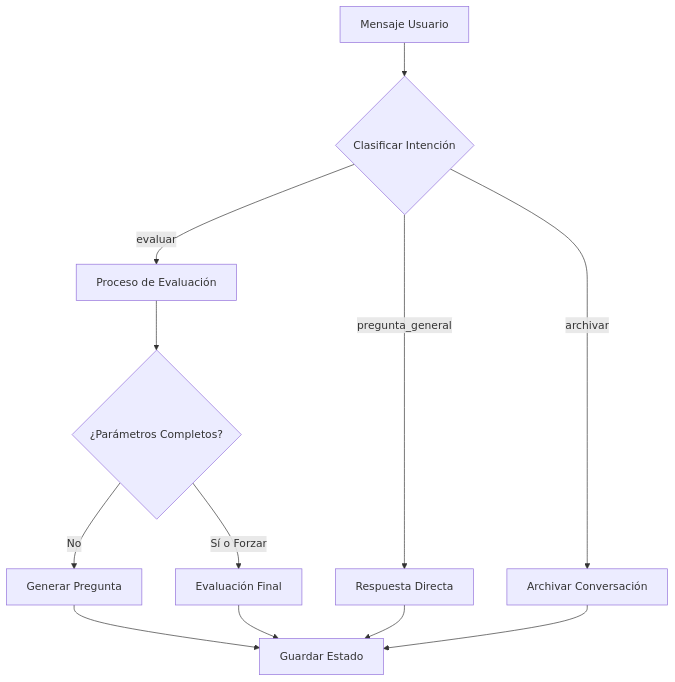
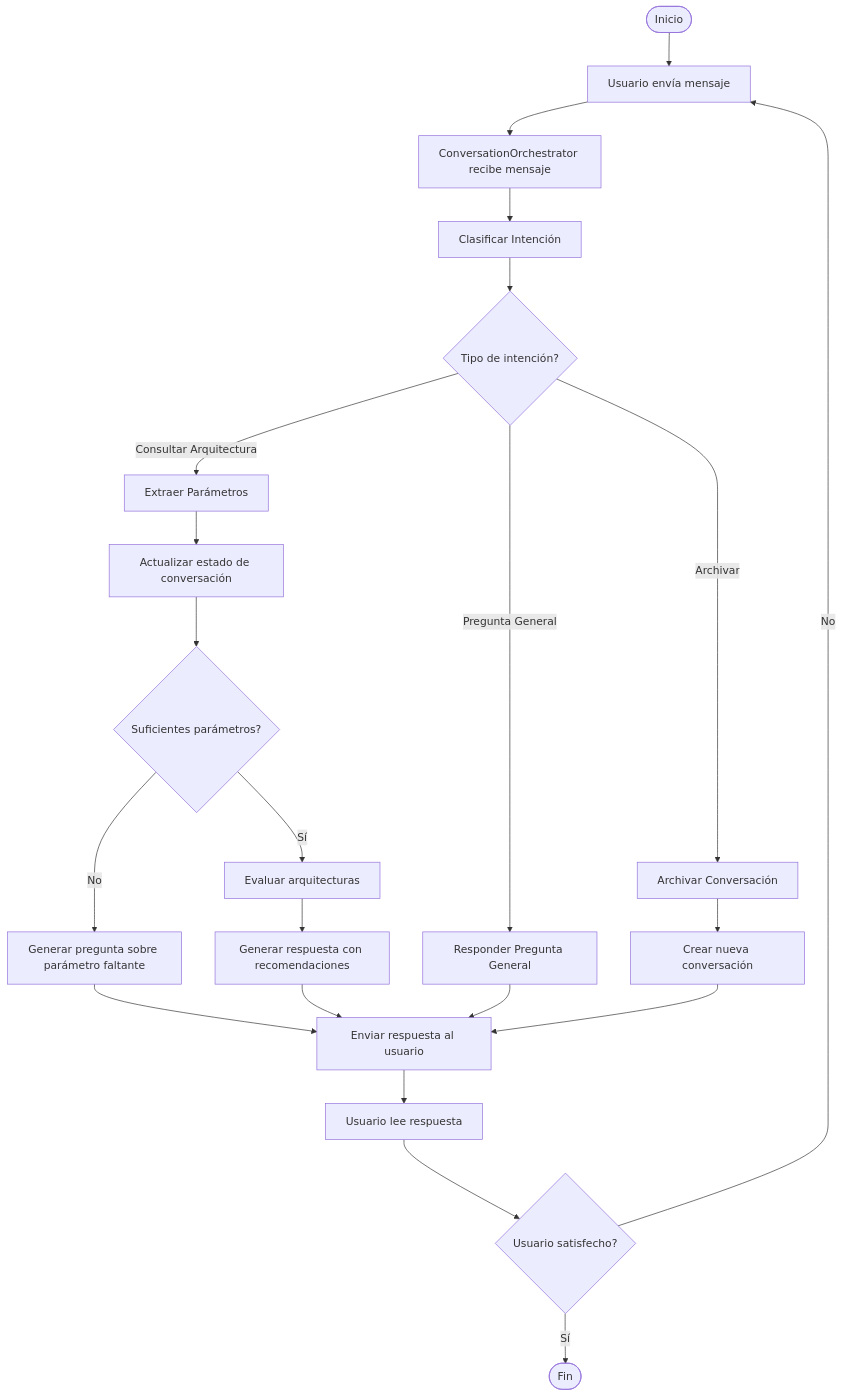
One commit to spuentesp/archssistant changed the second of 3 diagrams in README.md. Above: the diagram before and after it, drawn with Mermaid. The commit also changed other lines of this file, not shown here.

Commit message:
docs: Revise README for clarity on application functionality and conversation flow

````diff
--- a/README.md
+++ b/README.md
@@ -180,16 +64,28 @@
 ```mermaid
-flowchart TD
-    A[Mensaje Usuario] --> B{Clasificar Intención}
-    B -->|pregunta_general| C[Respuesta Directa]
-    B -->|archivar| D[Archivar Conversación]
-    B -->|evaluar| E[Proceso de Evaluación]
+graph TD
+    Start([Inicio]) --> A[Usuario envía mensaje]
+    A --> B[ConversationOrchestrator recibe mensaje]
+    B --> C[Clasificar Intención]
     
-    E --> F{¿Parámetros Completos?}
-    F -->|No| G[Generar Pregunta]
-    F -->|Sí o Forzar| H[Evaluación Final]
+    C --> D{Tipo de intención?}
+    D -->|Consultar Arquitectura| E[Extraer Parámetros]
+    D -->|Pregunta General| K[Responder Pregunta General]
+    D -->|Archivar| L[Archivar Conversación]
     
-    G --> I[Guardar Estado]
-    H --> I
-    C --> I
-    D --> I
+    E --> F[Actualizar estado de conversación]
+    F --> G{Suficientes parámetros?}
+    G -->|No| H[Generar pregunta sobre parámetro faltante]
+    G -->|Sí| I[Evaluar arquitecturas]
+    
+    I --> J[Generar respuesta con recomendaciones]
+    H --> M[Enviar respuesta al usuario]
+    J --> M
+    K --> M
+    L --> N[Crear nueva conversación]
+    N --> M
+    
+    M --> O[Usuario lee respuesta]
+    O --> P{Usuario satisfecho?}
+    P -->|No| A
+    P -->|Sí| End([Fin])
 ```
````
